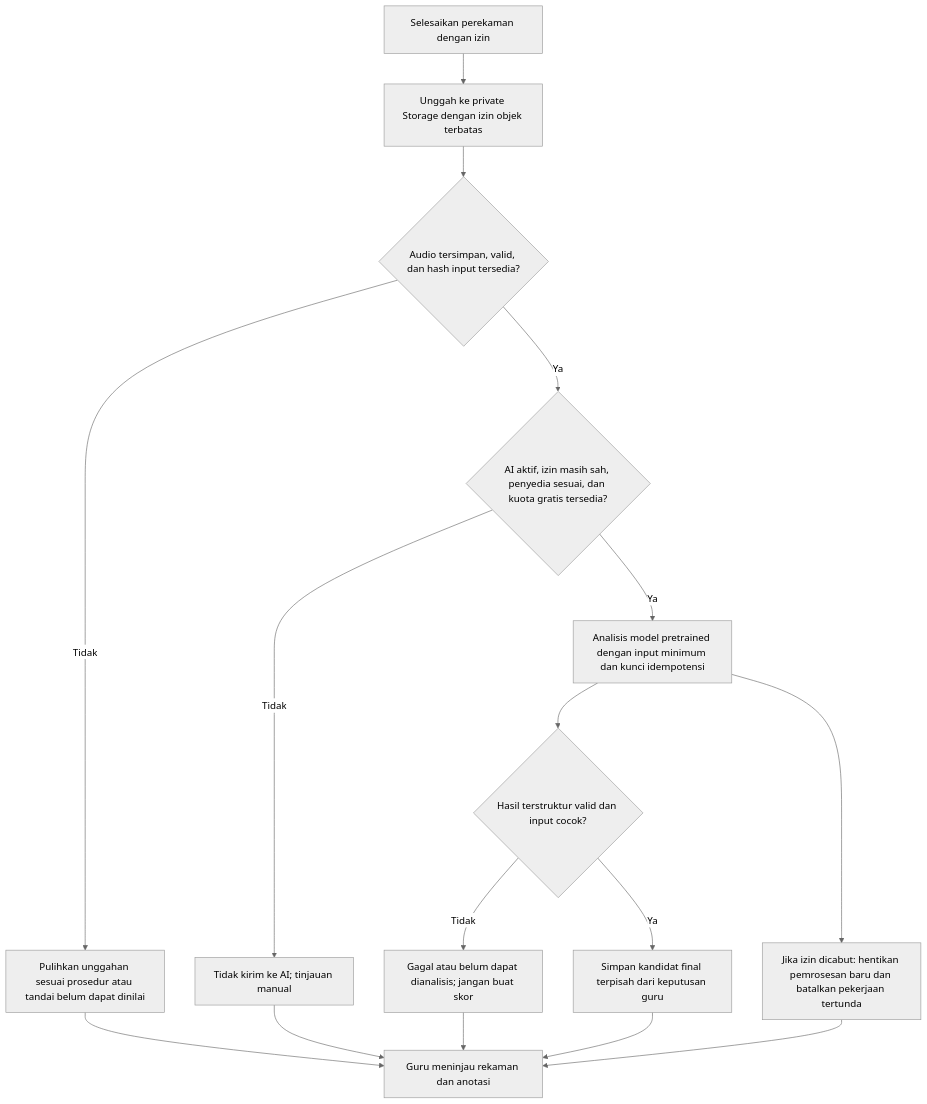
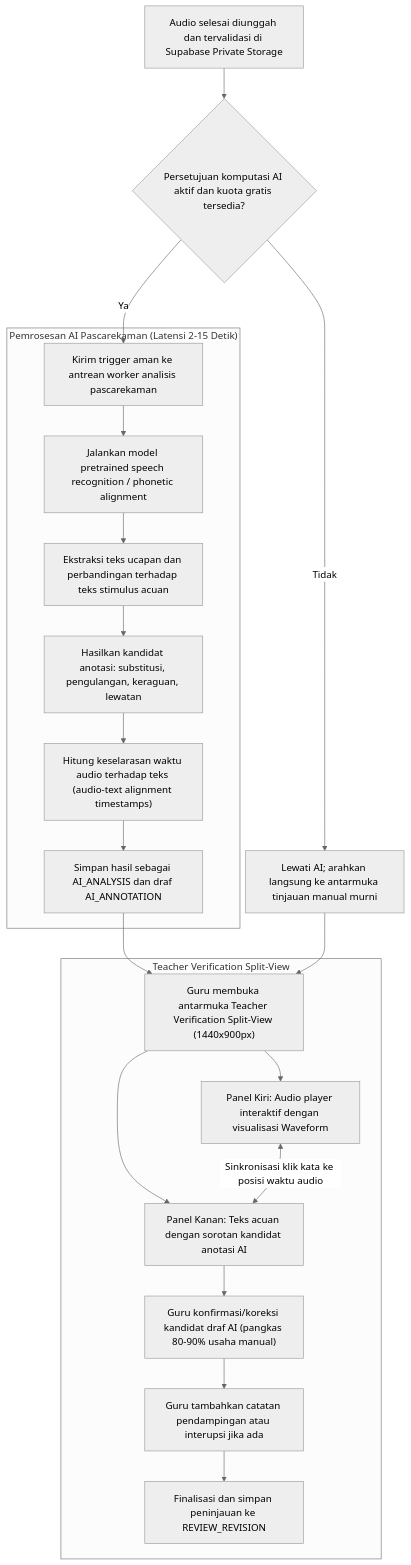
Before and after one commit to jajakiman/Dyscovery: the third of 6 diagrams in Docs/Dyscovery-Workflow.md, drawn with Mermaid (neutral theme). The commit also changed other lines of this file and 3 other files, not shown here.

Commit message:
docs: sinkronisasi arsitektur final dan modul petualangan gamifikasi v1.3

````diff
--- a/Docs/Dyscovery-Workflow.md
+++ b/Docs/Dyscovery-Workflow.md
@@ -85,18 +102,26 @@
 ```mermaid
 flowchart TD
-    A["Selesaikan perekaman dengan izin"] --> B["Unggah ke private Storage dengan izin objek terbatas"]
-    B --> READY{"Audio tersimpan, valid, dan hash input tersedia?"}
-    READY -->|Tidak| FAIL["Pulihkan unggahan sesuai prosedur atau tandai belum dapat dinilai"]
-    READY -->|Ya| CHECK{"AI aktif, izin masih sah, penyedia sesuai, dan kuota gratis tersedia?"}
-    CHECK -->|Tidak| MANUAL["Tidak kirim ke AI; tinjauan manual"]
-    CHECK -->|Ya| AI["Analisis model pretrained dengan input minimum dan kunci idempotensi"]
-    AI --> VALID{"Hasil terstruktur valid dan input cocok?"}
-    VALID -->|Tidak| ERR["Gagal atau belum dapat dianalisis; jangan buat skor"]
-    VALID -->|Ya| SAVE["Simpan kandidat final terpisah dari keputusan guru"]
-    SAVE --> REVIEW["Guru meninjau rekaman dan anotasi"]
-    ERR --> REVIEW
-    MANUAL --> REVIEW
-    FAIL --> REVIEW
-    AI --> REVOKE["Jika izin dicabut: hentikan pemrosesan baru dan batalkan pekerjaan tertunda"]
-    REVOKE --> REVIEW
+    A["Audio selesai diunggah dan tervalidasi di Supabase Private Storage"] --> B{"Persetujuan komputasi AI aktif dan kuota gratis tersedia?"}
+    B -->|Tidak| MANUAL["Lewati AI; arahkan langsung ke antarmuka tinjauan manual murni"]
+    B -->|Ya| QUEUE["Kirim trigger aman ke antrean worker analisis pascarekaman"]
+    
+    subgraph PostRecordingAI["Pemrosesan AI Pascarekaman (Latensi 2-15 Detik)"]
+        QUEUE --> C["Jalankan model pretrained speech recognition / phonetic alignment"]
+        C --> D["Ekstraksi teks ucapan dan perbandingan terhadap teks stimulus acuan"]
+        D --> E["Hasilkan kandidat anotasi: substitusi, pengulangan, keraguan, lewatan"]
+        E --> F["Hitung keselarasan waktu audio terhadap teks (audio-text alignment timestamps)"]
+        F --> G["Simpan hasil sebagai AI_ANALYSIS dan draf AI_ANNOTATION"]
+    end
+
+    G --> H["Guru membuka antarmuka Teacher Verification Split-View (1440x900px)"]
+    MANUAL --> H
+    
+    subgraph SplitViewVerification["Teacher Verification Split-View"]
+        H --> I["Panel Kiri: Audio player interaktif dengan visualisasi Waveform"]
+        H --> J["Panel Kanan: Teks acuan dengan sorotan kandidat anotasi AI"]
+        I <-->|Sinkronisasi klik kata ke posisi waktu audio| J
+        J --> K["Guru konfirmasi/koreksi kandidat draf AI (pangkas 80-90% usaha manual)"]
+        K --> L["Guru tambahkan catatan pendampingan atau interupsi jika ada"]
+        L --> M["Finalisasi dan simpan peninjauan ke REVIEW_REVISION"]
+    end
 ```
````
